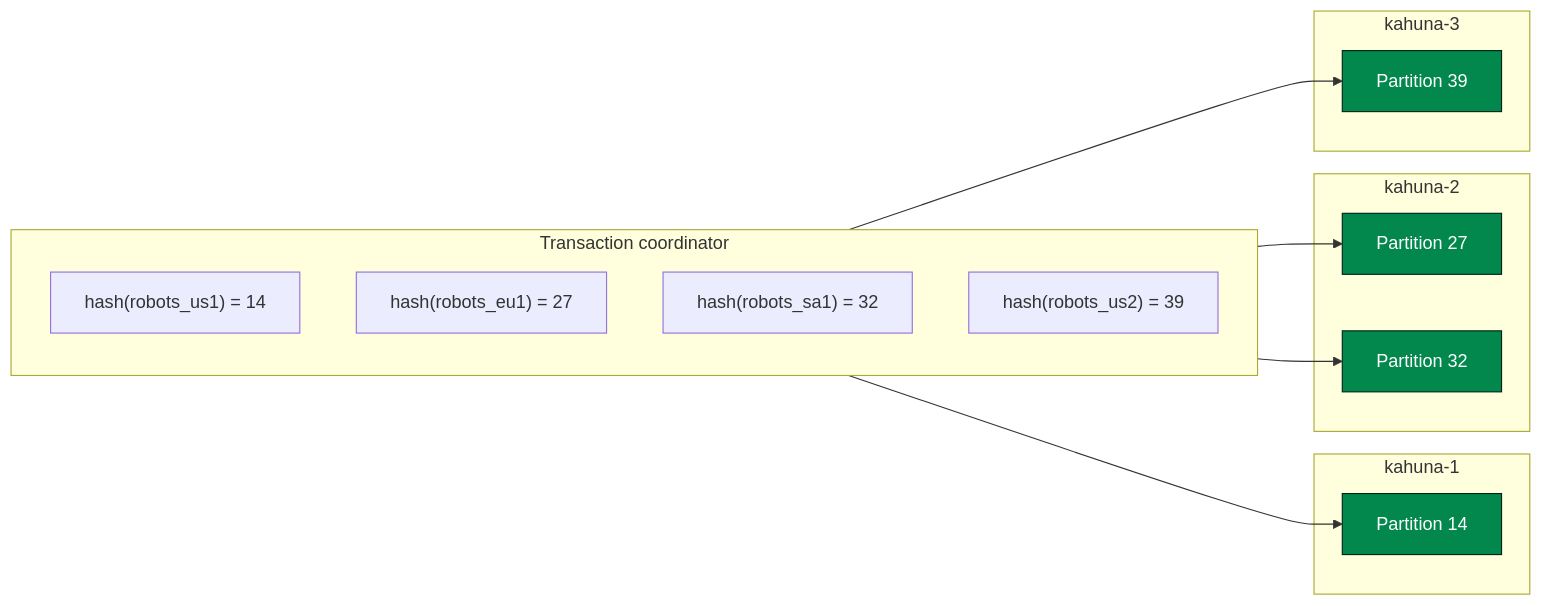
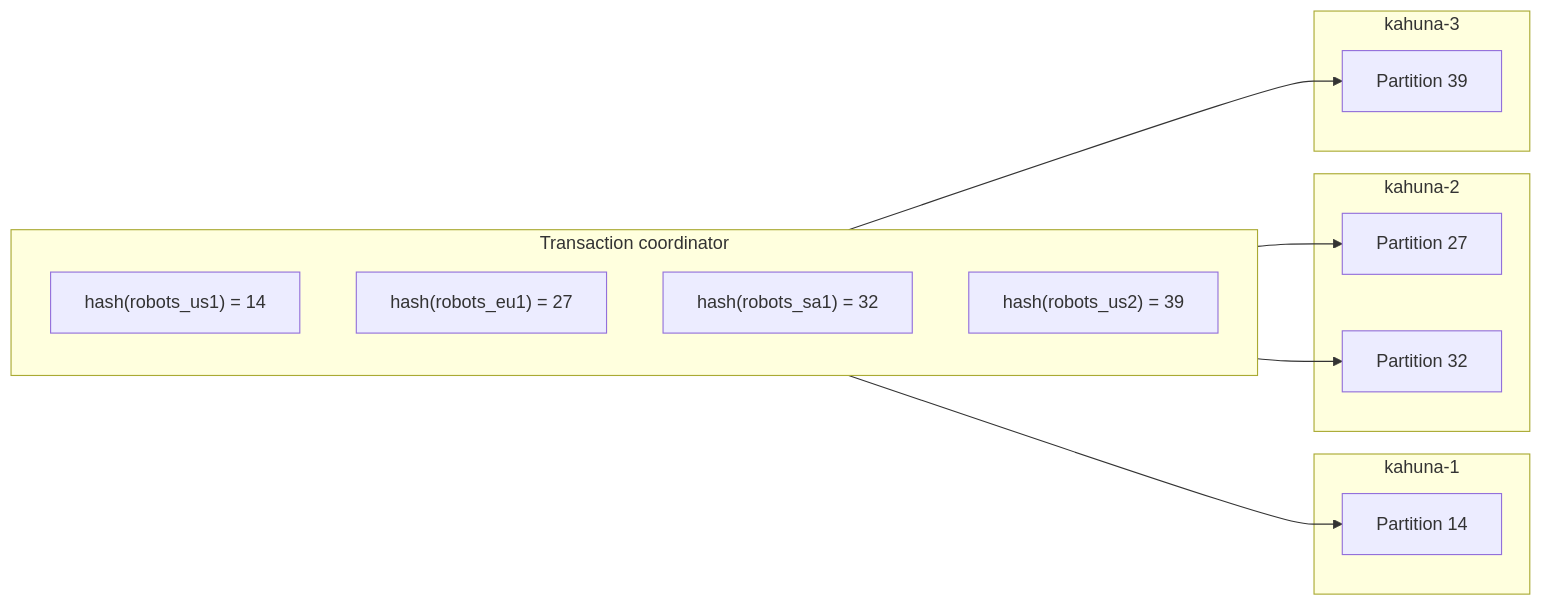
One commit to kahunakv/kahunakv.github.io changed the first of 2 diagrams in docs/architecture/distributed-transactions.md. Above: the diagram before and after it, drawn with Mermaid. The commit also changed other lines of this file and 121 other files, not shown here.

````diff
--- a/docs/architecture/distributed-transactions.md
+++ b/docs/architecture/distributed-transactions.md
@@ -34,25 +37,24 @@
 ```mermaid
 flowchart LR
     subgraph TC[Transaction coordinator]
         direction TB
         US1["hash(robots_us1) = 14"]
         EU1["hash(robots_eu1) = 27"]
         SA1["hash(robots_sa1) = 32"]
         US2["hash(robots_us2) = 39"]
     end
     subgraph N1[kahuna-1]
         P14[Partition 14]:::leader
     end
     subgraph N2[kahuna-2]
         P27[Partition 27]:::leader
         P32[Partition 32]:::leader
     end
     subgraph N3[kahuna-3]
         P39[Partition 39]:::leader
     end
     US1 --> P14
     EU1 --> P27
     SA1 --> P32
     US2 --> P39
-    classDef leader fill:#02874c,color:#ffffff,stroke:#00241a
 ```
````
